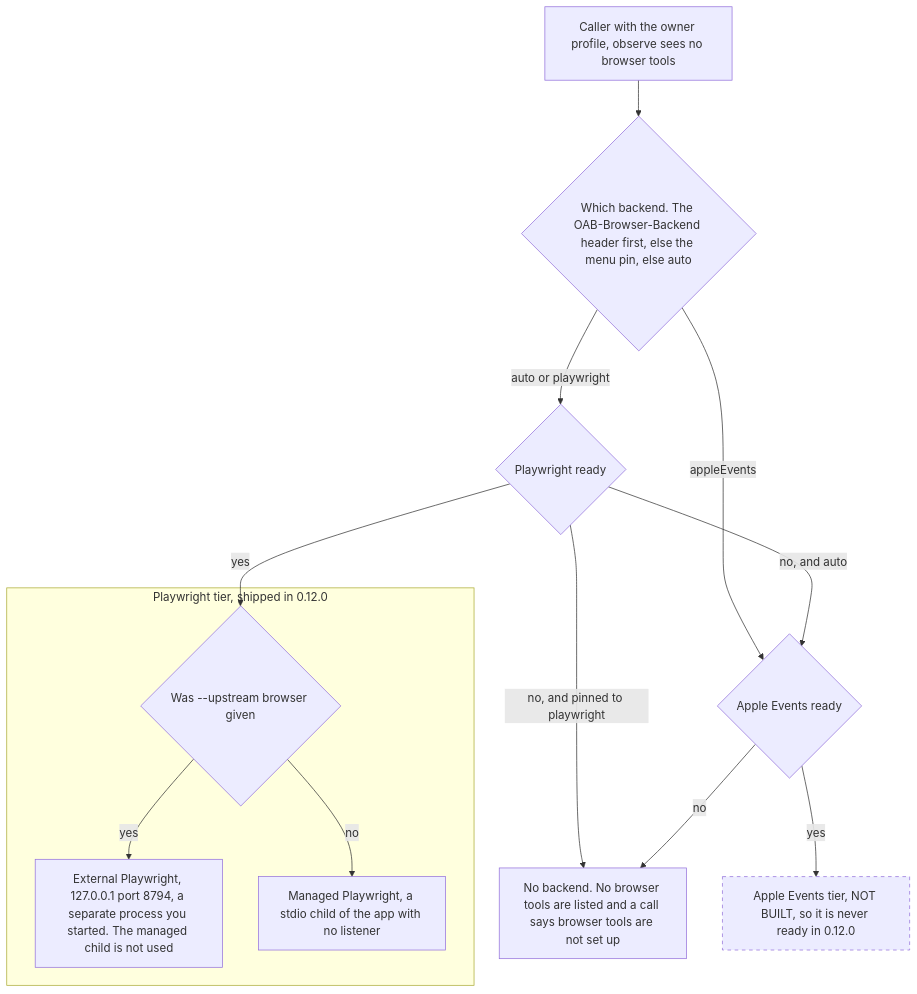
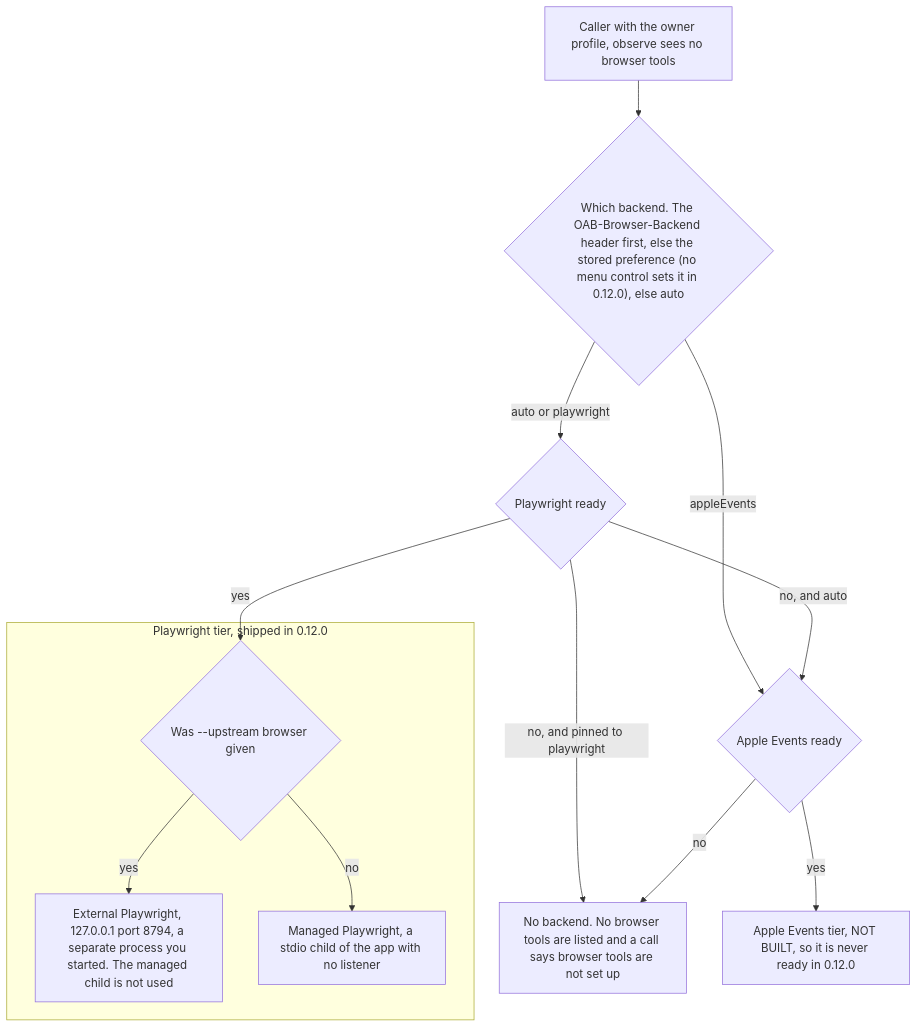
The second of 2 diagrams in README.md (openabdev/openab-computer), drawn with Mermaid before and after one commit. The commit also changed other lines of this file and 8 other files, not shown here.

````diff
--- a/README.md
+++ b/README.md
@@ -578,25 +578,24 @@
 ```mermaid
 flowchart TB
     caller["Caller with the owner profile, observe sees no browser tools"]
-    pref{"Which backend. The OAB-Browser-Backend header first, else the menu pin, else auto"}
+    pref{"Which backend. The OAB-Browser-Backend header first, else the stored preference (no menu control sets it in 0.12.0), else auto"}
     pready{"Playwright ready"}
     aready{"Apple Events ready"}
     noBackend["No backend. No browser tools are listed and a call says browser tools are not set up"]
     subgraph tierp["Playwright tier, shipped in 0.12.0"]
         which{"Was --upstream browser given"}
         ext["External Playwright, 127.0.0.1 port 8794, a separate process you started. The managed child is not used"]
         man["Managed Playwright, a stdio child of the app with no listener"]
     end
     tiera["Apple Events tier, NOT BUILT, so it is never ready in 0.12.0"]
     caller --> pref
     pref -- "auto or playwright" --> pready
     pref -- "appleEvents" --> aready
     pready -- "yes" --> which
     pready -- "no, and auto" --> aready
     pready -- "no, and pinned to playwright" --> noBackend
     aready -- "yes" --> tiera
     aready -- "no" --> noBackend
     which -- "yes" --> ext
     which -- "no" --> man
-    style tiera stroke-dasharray: 5 5
 ```
````
